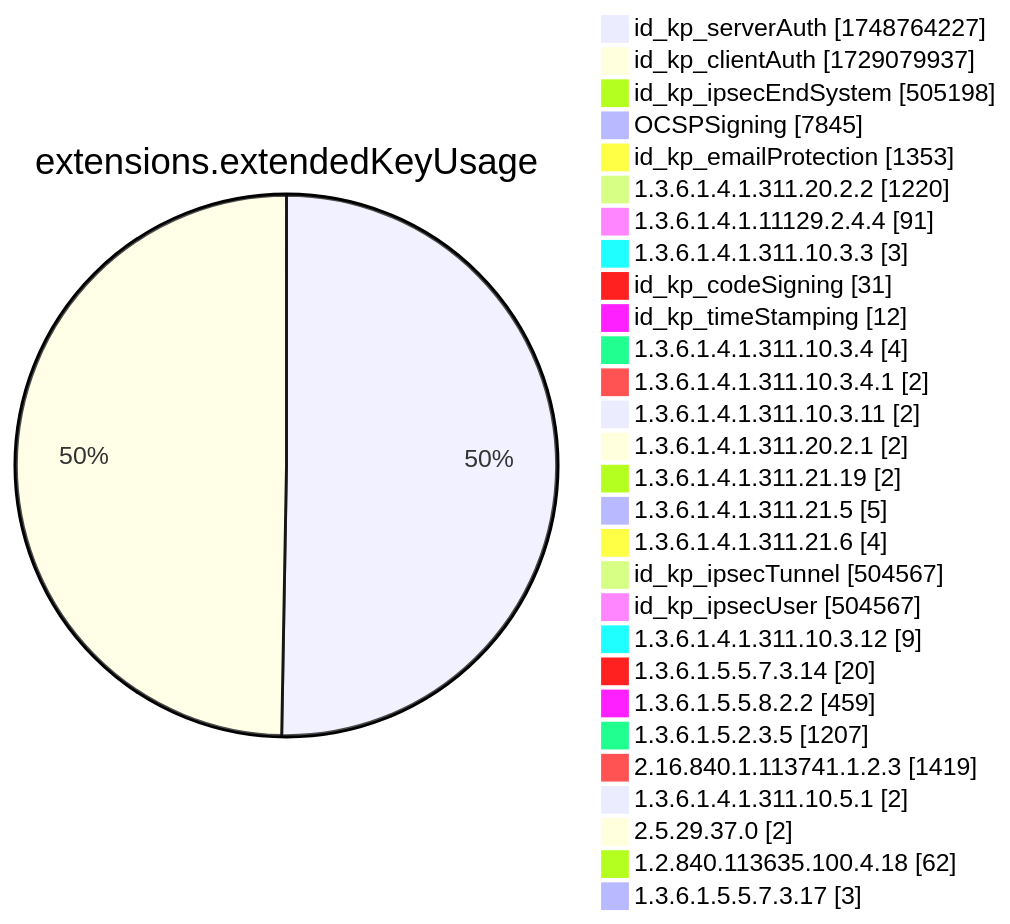
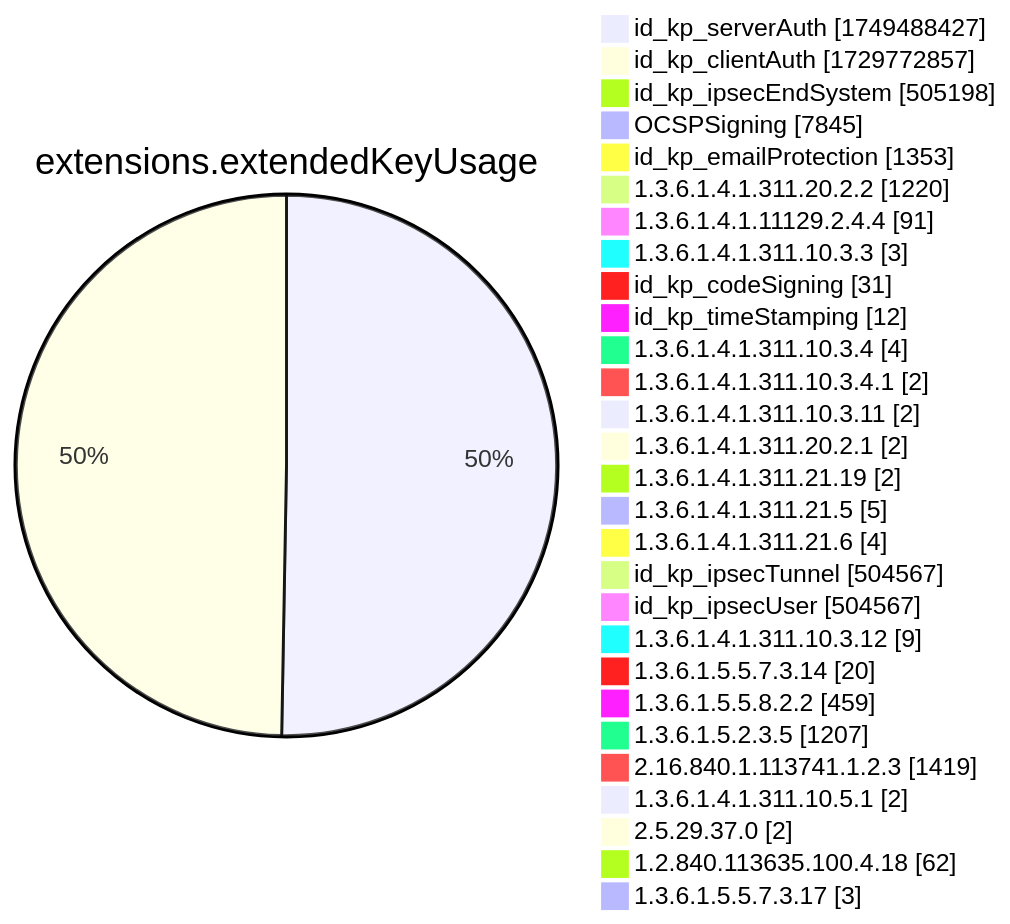
One commit to christiankrug/ctmonitor_visualization changed diagram 12 of 15 in xenon2022/README.md. Above: the diagram before and after it, drawn with Mermaid. The commit also changed other lines of this file, not shown here.

````diff
--- a/xenon2022/README.md
+++ b/xenon2022/README.md
@@ -3892,32 +3892,32 @@
 ```mermaid
 pie showData
 title extensions.extendedKeyUsage
-"id_kp_serverAuth" :1748764227
-"id_kp_clientAuth" :1729079937
+"id_kp_serverAuth" :1749488427
+"id_kp_clientAuth" :1729772857
 "id_kp_ipsecEndSystem" :505198
 "OCSPSigning" :7845
 "id_kp_emailProtection" :1353
 "1.3.6.1.4.1.311.20.2.2" :1220
 "1.3.6.1.4.1.11129.2.4.4" :91
 "1.3.6.1.4.1.311.10.3.3" :3
 "id_kp_codeSigning" :31
 "id_kp_timeStamping" :12
 "1.3.6.1.4.1.311.10.3.4" :4
 "1.3.6.1.4.1.311.10.3.4.1" :2
 "1.3.6.1.4.1.311.10.3.11" :2
 "1.3.6.1.4.1.311.20.2.1" :2
 "1.3.6.1.4.1.311.21.19" :2
 "1.3.6.1.4.1.311.21.5" :5
 "1.3.6.1.4.1.311.21.6" :4
 "id_kp_ipsecTunnel" :504567
 "id_kp_ipsecUser" :504567
 "1.3.6.1.4.1.311.10.3.12" :9
 "1.3.6.1.5.5.7.3.14" :20
 "1.3.6.1.5.5.8.2.2" :459
 "1.3.6.1.5.2.3.5" :1207
 "2.16.840.1.113741.1.2.3" :1419
 "1.3.6.1.4.1.311.10.5.1" :2
 "2.5.29.37.0" :2
 "1.2.840.113635.100.4.18" :62
 "1.3.6.1.5.5.7.3.17" :3
 ```
````
